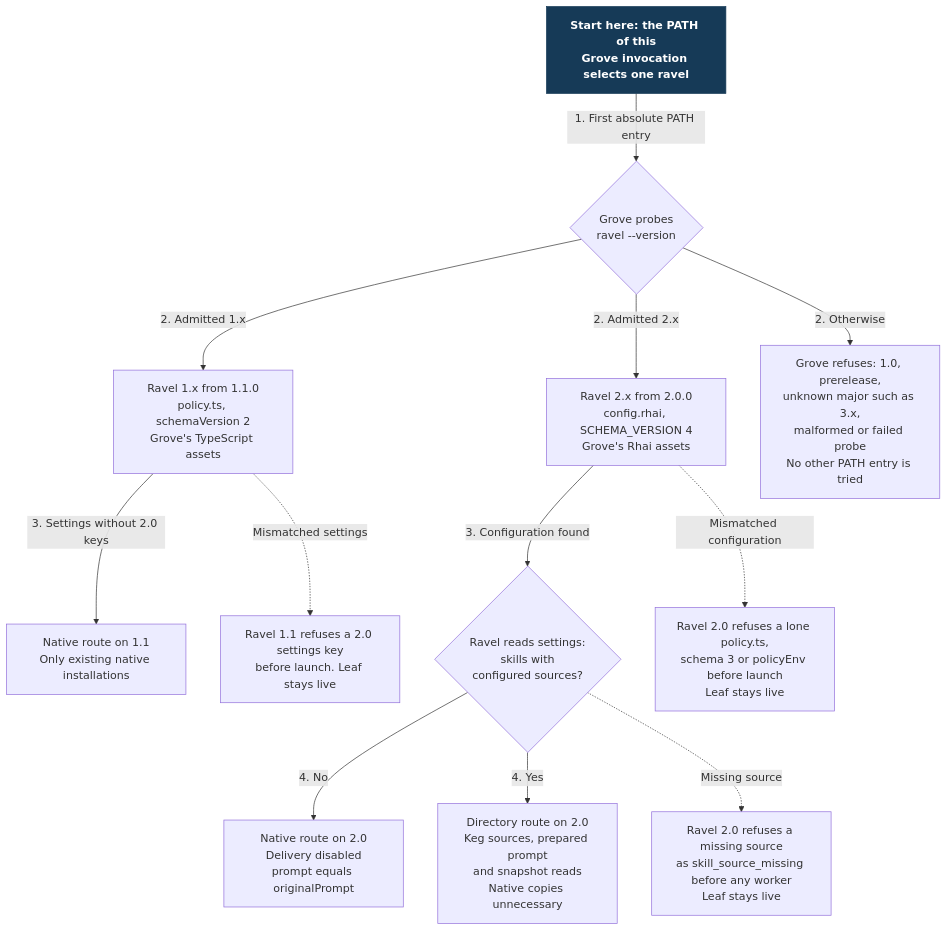
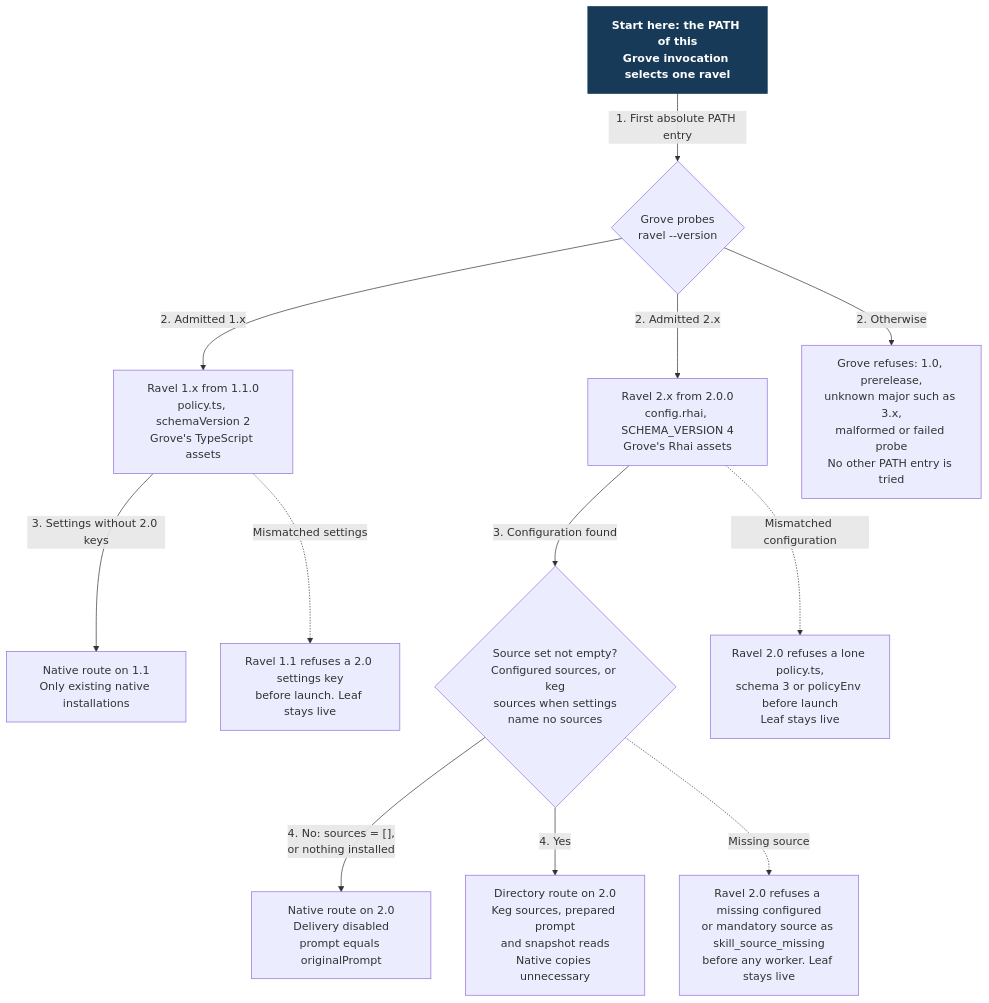
One commit to Linkuistics/grove changed the diagram in docs/design/harness-selection-and-execution/routes.mmd. Above: the diagram before and after it, drawn with Mermaid. The commit also changed 15 other files, not shown here.

First line of the commit message:
Design Ravel's default skill directory and the native settings of the switch (ravel-default-skill-directory-k218)

```diff
--- a/docs/design/harness-selection-and-execution/routes.mmd
+++ b/docs/design/harness-selection-and-execution/routes.mmd
@@ -1,25 +1,25 @@
 flowchart TB
   Start["Start here: the PATH of this<br/>Grove invocation selects one ravel"]:::start
   Probe{"Grove probes<br/>ravel --version"}
   Refuse["Grove refuses: 1.0, prerelease,<br/>unknown major such as 3.x,<br/>malformed or failed probe<br/>No other PATH entry is tried"]
   V1["Ravel 1.x from 1.1.0<br/>policy.ts, schemaVersion 2<br/>Grove's TypeScript assets"]
   V2["Ravel 2.x from 2.0.0<br/>config.rhai, SCHEMA_VERSION 4<br/>Grove's Rhai assets"]
-  Skills{"Ravel reads settings:<br/>skills with<br/>configured sources?"}
+  Skills{"Source set not empty?<br/>Configured sources, or keg<br/>sources when settings<br/>name no sources"}
   N1["Native route on 1.1<br/>Only existing native installations"]
   N2["Native route on 2.0<br/>Delivery disabled<br/>prompt equals originalPrompt"]
   D2["Directory route on 2.0<br/>Keg sources, prepared prompt<br/>and snapshot reads<br/>Native copies unnecessary"]
   M1["Ravel 1.1 refuses a 2.0 settings key<br/>before launch. Leaf stays live"]
   M2["Ravel 2.0 refuses a lone policy.ts,<br/>schema 3 or policyEnv before launch<br/>Leaf stays live"]
-  M3["Ravel 2.0 refuses a missing source<br/>as skill_source_missing before any worker<br/>Leaf stays live"]
+  M3["Ravel 2.0 refuses a missing configured<br/>or mandatory source as skill_source_missing<br/>before any worker. Leaf stays live"]
   Start -->|"1. First absolute PATH entry"| Probe
   Probe -->|"2. Admitted 1.x"| V1
   Probe -->|"2. Admitted 2.x"| V2
   Probe -->|"2. Otherwise"| Refuse
   V1 -->|"3. Settings without 2.0 keys"| N1
   V2 -->|"3. Configuration found"| Skills
-  Skills -->|"4. No"| N2
+  Skills -->|"4. No: sources = [],<br/>or nothing installed"| N2
   Skills -->|"4. Yes"| D2
   V1 -.->|"Mismatched settings"| M1
   V2 -.->|"Mismatched configuration"| M2
   Skills -.->|"Missing source"| M3
   classDef start fill:#163a57,color:#fff,stroke:#163a57,font-weight:bold
```
